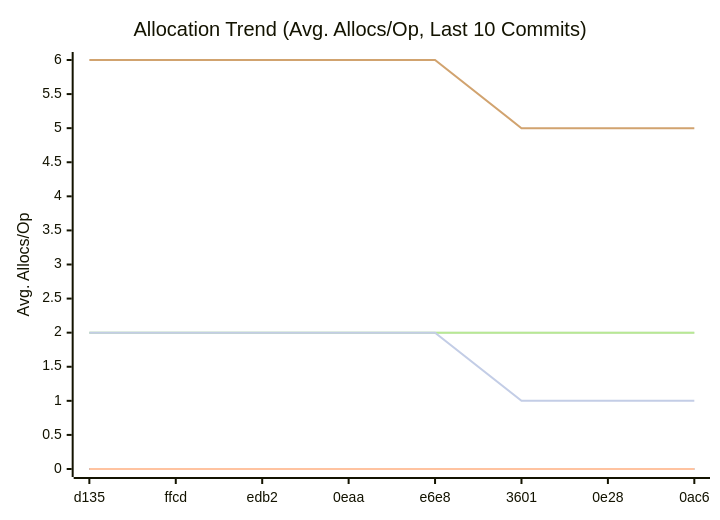
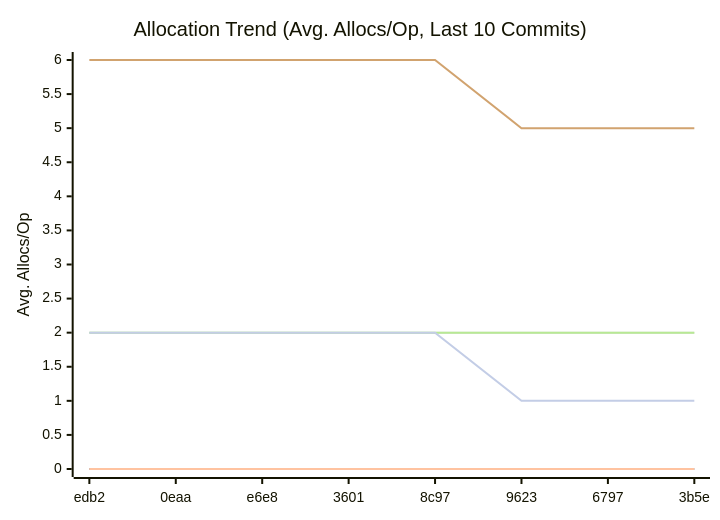
One commit to alsotoes/momo changed the third of 3 diagrams in docs/README.md. Above: the diagram before and after it, drawn with Mermaid. The commit also changed other lines of this file and 9 other files, not shown here.

````diff
--- a/docs/README.md
+++ b/docs/README.md
@@ -333,14 +333,14 @@
 ```mermaid
 xychart-beta
     title "Allocation Trend (Avg. Allocs/Op, Last 10 Commits)"
     x-axis "Commit"
     y-axis "Avg. Allocs/Op"
-    x-axis [d135,ffcd,edb2,0eaa,e6e8,3601,0e28,0ac6]
+    x-axis [edb2,0eaa,e6e8,3601,8c97,9623,6797,3b5e]
     line "CheckMetricsAndSwap" [0,0,0,0,0,0,0,0,0,0]
     line "IndexDirectTracking" [0,0,0,0,0,0,0,0,0,0]
     line "IndexSearch" [0,0,0,0,0,0,0,0,0,0]
     line "LoadGlobalConfig" [2,2,2,2,2,2,2,2,2,2]
     line "PadString" [2,2,2,2,2,2,2,2,2,2]
     line "ParseReplicationOrder_NoPrealloc" [6,6,6,6,6,5,5,5,5,5]
     line "ParseReplicationOrder_Prealloc" [2,2,2,2,2,1,1,1,1,1]
 ```
````
